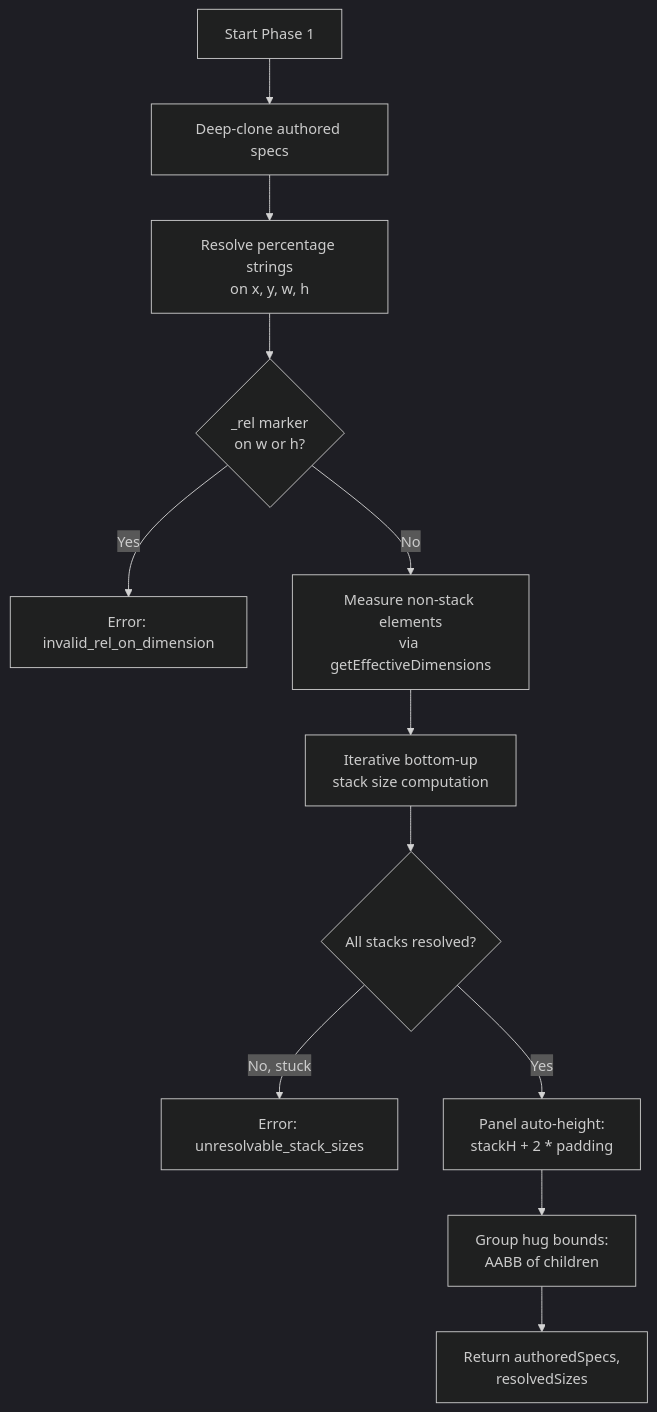
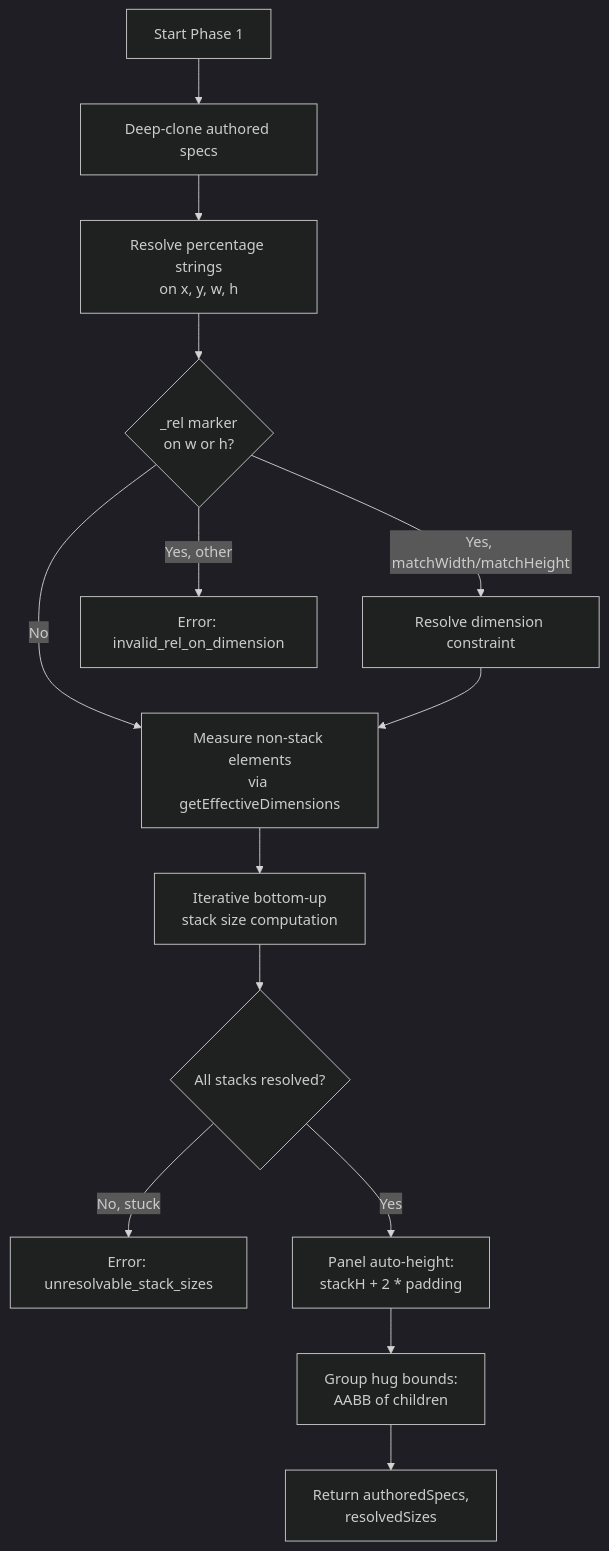
Before and after one commit to cabird/slidekit: the sixth of 14 diagrams in docs/for_devs/ARCHITECTURE.md, drawn with Mermaid (dark theme). The commit also changed other lines of this file and 5 other files, not shown here.

Commit message:
docs: add centerHOnSlide, centerVOnSlide, matchWidthOf, matchHeightOf, inspector features to all API docs

````diff
--- a/docs/for_devs/ARCHITECTURE.md
+++ b/docs/for_devs/ARCHITECTURE.md
@@ -288,14 +288,16 @@
 ```mermaid
 flowchart TD
     A[Start Phase 1] --> B[Deep-clone authored specs]
     B --> C[Resolve percentage strings<br/>on x, y, w, h]
     C --> D{_rel marker<br/>on w or h?}
-    D -->|Yes| E[Error: invalid_rel_on_dimension]
+    D -->|Yes, matchWidth/matchHeight| D2[Resolve dimension constraint]
+    D -->|Yes, other| E[Error: invalid_rel_on_dimension]
     D -->|No| F[Measure non-stack elements<br/>via getEffectiveDimensions]
+    D2 --> F
     F --> G[Iterative bottom-up<br/>stack size computation]
     G --> H{All stacks resolved?}
     H -->|No, stuck| I[Error: unresolvable_stack_sizes]
     H -->|Yes| J[Panel auto-height:<br/>stackH + 2 * padding]
     J --> K["Group hug bounds:<br/>AABB of children"]
     K --> L[Return authoredSpecs,<br/>resolvedSizes]
 ```
````
